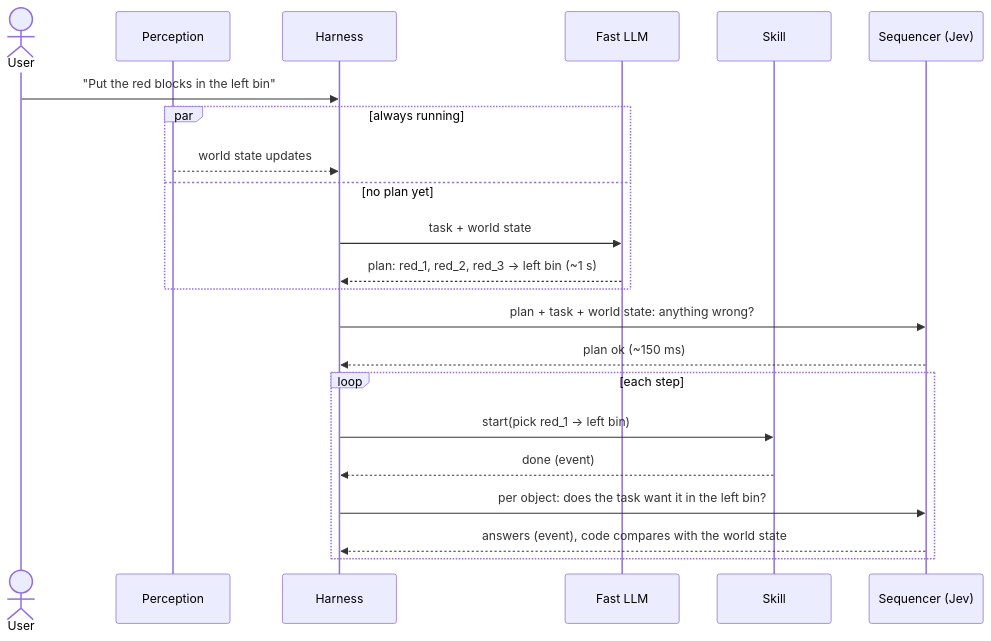
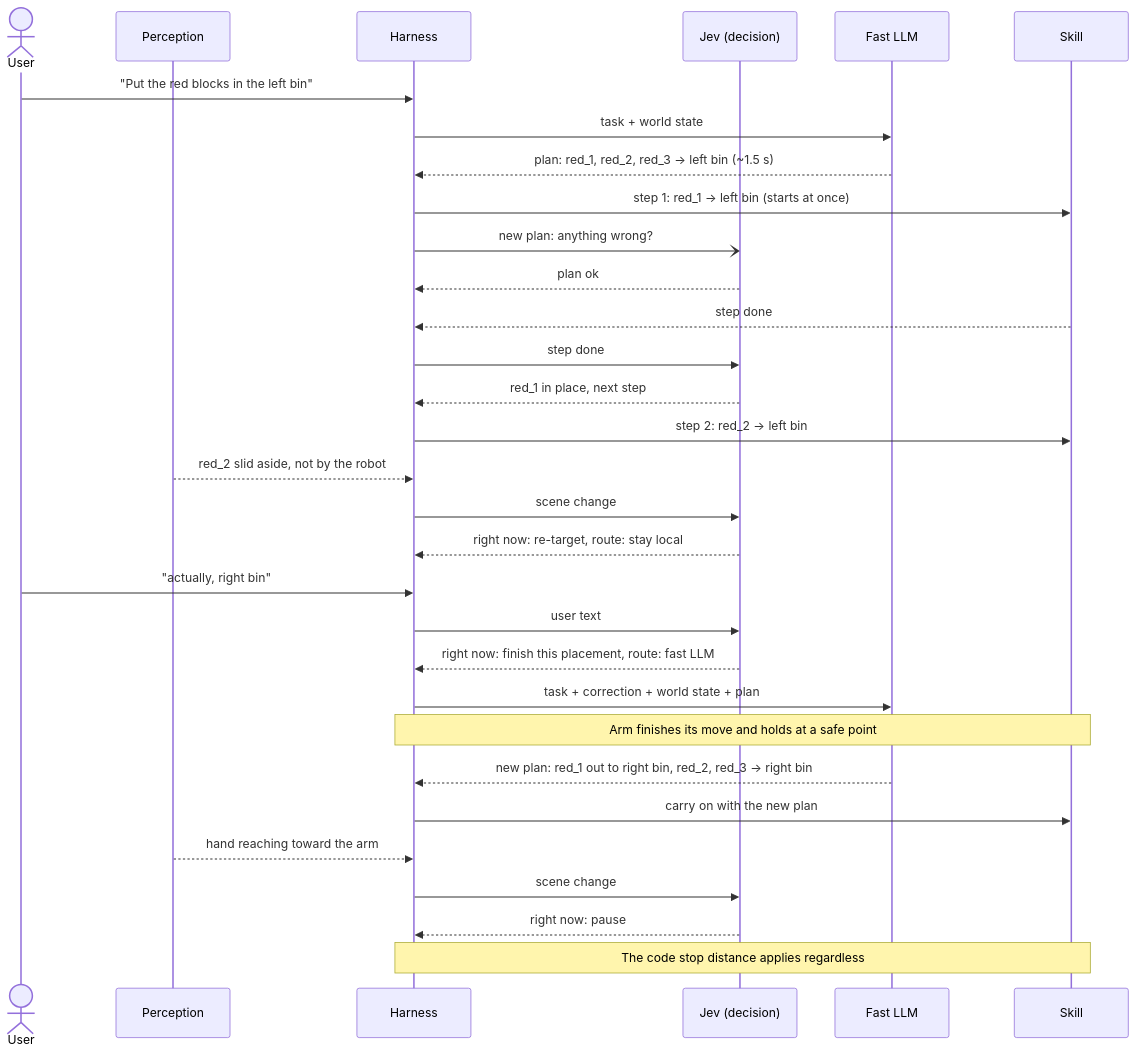
Before and after one commit to alee792/robojev: the third of 7 diagrams in docs/v2-diagrams.md, drawn with Mermaid. The commit also changed other lines of this file and 1 other file, not shown here.

First line of the commit message:
v2: one decision per event (right-now, in-plan fix, route in one Jev request), episodes, no variants prepared up front, plan check runs in parallel with the first step; diagrams redrawn

````diff
--- a/docs/v2-diagrams.md
+++ b/docs/v2-diagrams.md
@@ -98,25 +82,34 @@
 ```mermaid
 sequenceDiagram
     actor U as User
     participant W as Perception
     participant H as Harness
-    participant P as Fast LLM
+    participant J as Jev (decision)
+    participant L as Fast LLM
     participant K as Skill
-    participant S as Sequencer (Jev)
 
     U->>H: "Put the red blocks in the left bin"
-    par always running
-        W-->>H: world state updates
-    and no plan yet
-        H->>P: task + world state
-        P-->>H: plan: red_1, red_2, red_3 → left bin (~1 s)
-    end
-    H->>S: plan + task + world state: anything wrong?
-    S-->>H: plan ok (~150 ms)
-    loop each step
-        H->>K: start(pick red_1 → left bin)
-        K-->>H: done (event)
-        H->>S: per object: does the task want it in the left bin?
-        S-->>H: answers (event), code compares with the world state
-    end
+    H->>L: task + world state
+    L-->>H: plan: red_1, red_2, red_3 → left bin (~1.5 s)
+    H->>K: step 1: red_1 → left bin (starts at once)
+    H-)J: new plan: anything wrong?
+    J-->>H: plan ok
+    K-->>H: step done
+    H->>J: step done
+    J-->>H: red_1 in place, next step
+    H->>K: step 2: red_2 → left bin
+    W-->>H: red_2 slid aside, not by the robot
+    H->>J: scene change
+    J-->>H: right now: re-target, route: stay local
+    U->>H: "actually, right bin"
+    H->>J: user text
+    J-->>H: right now: finish this placement, route: fast LLM
+    H->>L: task + correction + world state + plan
+    Note over H,K: Arm finishes its move and holds at a safe point
+    L-->>H: new plan: red_1 out to right bin, red_2, red_3 → right bin
+    H->>K: carry on with the new plan
+    W-->>H: hand reaching toward the arm
+    H->>J: scene change
+    J-->>H: right now: pause
+    Note over H,K: The code stop distance applies regardless
 ```
````
